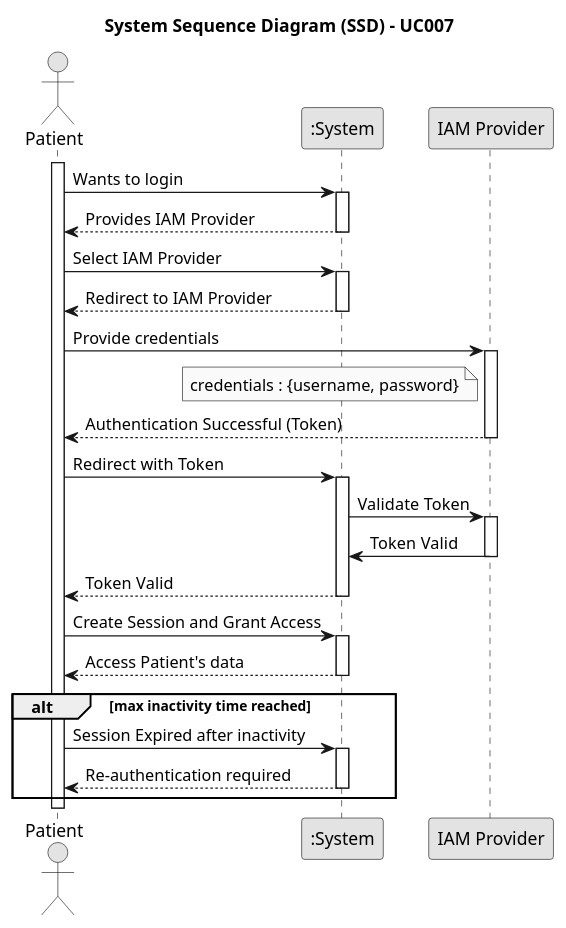
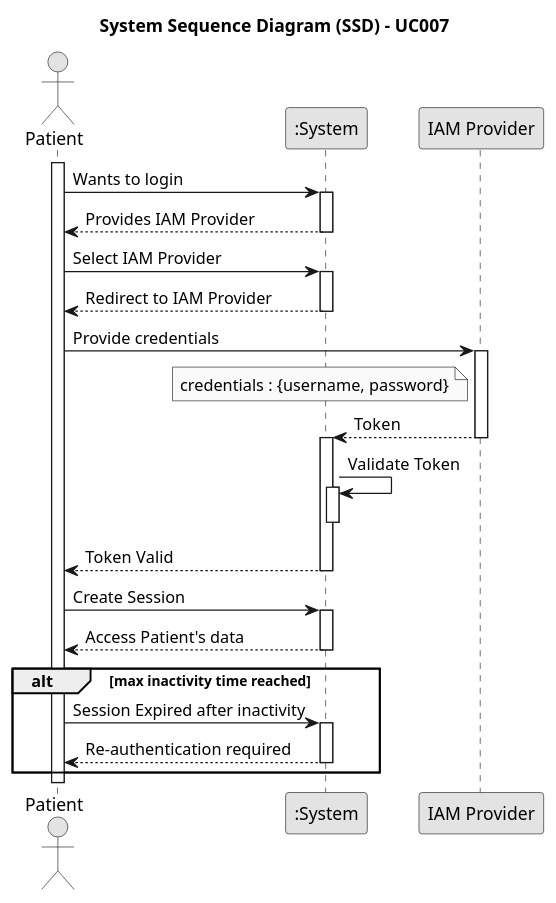
Before and after one commit to 1221124/sem5pi-24-25-g031: the diagram in docs/SprintA/UseCases/UC007/01.requirements-engineering/puml/uc007-system-sequence-diagram.puml, drawn with PlantUML.

Commit message:
#9 Requirements-engineering puml document updated

```diff
--- a/docs/SprintA/UseCases/UC007/01.requirements-engineering/puml/uc007-system-sequence-diagram.puml
+++ b/docs/SprintA/UseCases/UC007/01.requirements-engineering/puml/uc007-system-sequence-diagram.puml
@@ -1,51 +1,49 @@
 @startuml "uc007-system-sequence-diagram"
 skinparam monochrome true
 skinparam packageStyle rectangle
 skinparam shadowing false
 
 title System Sequence Diagram (SSD) - UC007
 
 actor Patient as Patient
 participant ":System" as System
 participant "IAM Provider" as IAM
 
 activate Patient
     Patient -> System: Wants to login
     activate System
         System --> Patient: Provides IAM Provider
         deactivate System
 
     Patient -> System: Select IAM Provider
     activate System
         System --> Patient: Redirect to IAM Provider
         deactivate System
 
     Patient -> IAM: Provide credentials
     note left of IAM
         credentials : {username, password}
     end note
     activate IAM
-        IAM --> Patient: Authentication Successful (Token)
+        IAM --> System: Token 
         deactivate IAM
+    activate System
+        System -> System: Validate Token
+        activate System
+            deactivate System
 
-    Patient -> System: Redirect with Token
-    activate System
-        System -> IAM: Validate Token
-        activate IAM
-            IAM -> System: Token Valid
-            deactivate IAM
         System --> Patient: Token Valid
         deactivate System
 
-    Patient -> System: Create Session and Grant Access
+    Patient -> System: Create Session
     activate System
         System --> Patient: Access Patient's data 
         deactivate System
 
     alt max inactivity time reached
         Patient -> System: Session Expired after inactivity
         activate System
             System --> Patient: Re-authentication required
         deactivate System
     end
 @enduml
```
